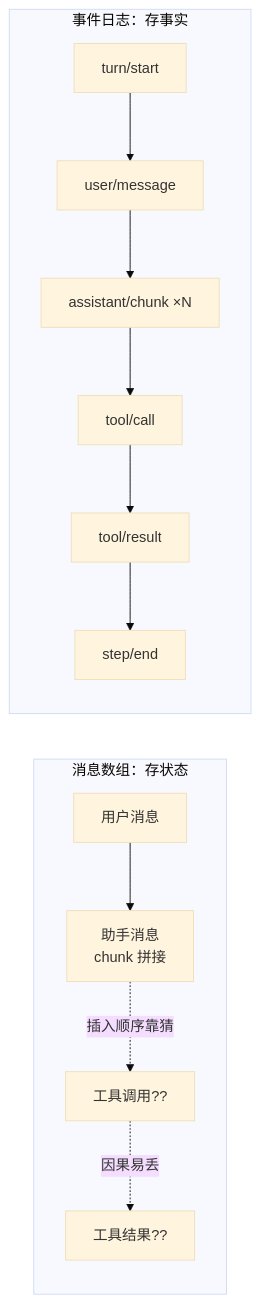
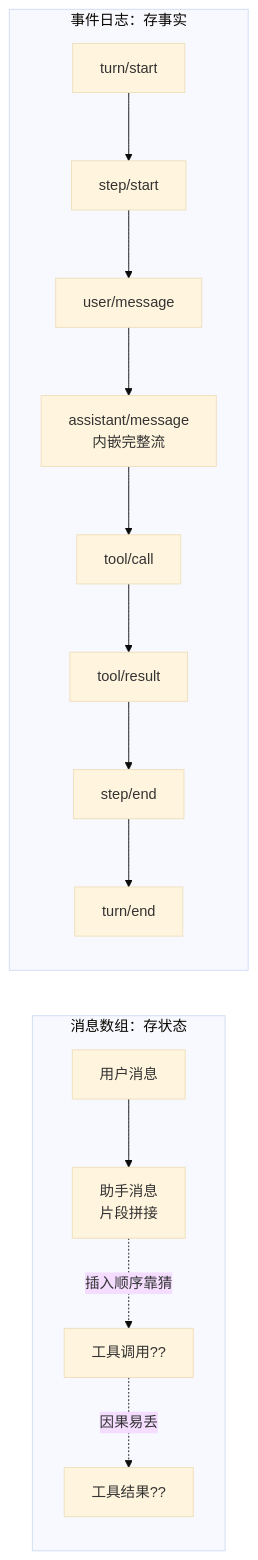
The first of 2 diagrams in 06-会话与事件溯源.md (vinthuy/deepseek-harness-book), drawn with Mermaid (base theme) before and after one commit. The commit also changed other lines of this file and 24 other files, not shown here.

````diff
--- a/06-会话与事件溯源.md
+++ b/06-会话与事件溯源.md
@@ -22,21 +23,23 @@
 ```mermaid
 flowchart LR
     subgraph 传统[消息数组：存状态]
         A1[用户消息]
-        A2[助手消息<br/>chunk 拼接]
+        A2[助手消息<br/>片段拼接]
         A3[工具调用??]
         A4[工具结果??]
         A1 --> A2
         A2 -. 插入顺序靠猜 .-> A3
         A3 -. 因果易丢 .-> A4
     end
     subgraph 事件溯源[事件日志：存事实]
         B1[turn/start]
-        B2[user/message]
-        B3[assistant/chunk ×N]
-        B4[tool/call]
-        B5[tool/result]
-        B6[step/end]
-        B1 --> B2 --> B3 --> B4 --> B5 --> B6
+        B2[step/start]
+        B3[user/message]
+        B4[assistant/message<br/>内嵌完整流]
+        B5[tool/call]
+        B6[tool/result]
+        B7[step/end]
+        B8[turn/end]
+        B1 --> B2 --> B3 --> B4 --> B5 --> B6 --> B7 --> B8
     end
 ```
````
